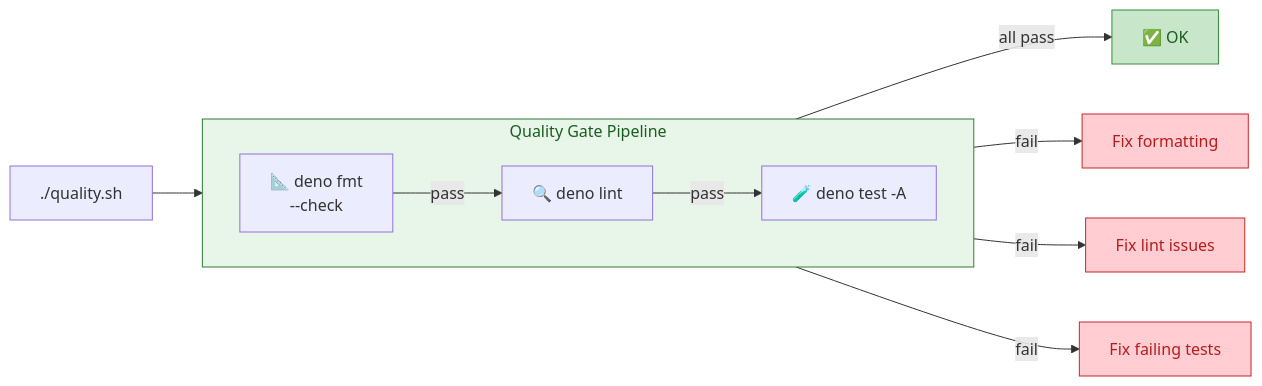
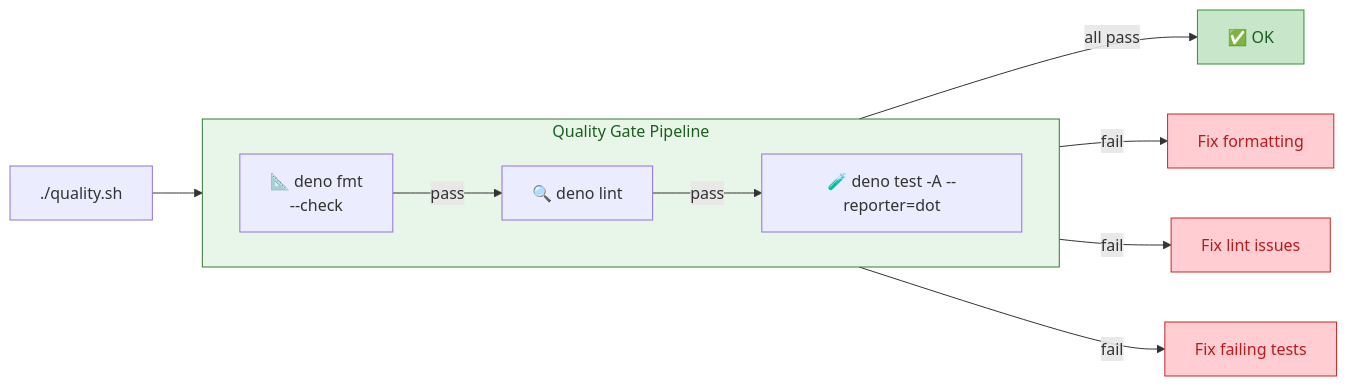
Diagram 17 of 18 in README.md (stSoftwareAU/NEAT-AI-Explore), drawn with Mermaid before and after one commit. The commit also changed other lines of this file and 5 other files, not shown here.

First line of the commit message:
ci: quiet the deno test reporter in every gate invocation (#650)

````diff
--- a/README.md
+++ b/README.md
@@ -965,24 +965,24 @@
 ```mermaid
 graph LR
     start["./quality.sh"] --> fmt
 
     subgraph pipeline["Quality Gate Pipeline"]
         direction LR
         fmt["📐 deno fmt<br/>--check"]
         lint["🔍 deno lint"]
-        test["🧪 deno test -A"]
+        test["🧪 deno test -A --reporter=dot"]
         fmt -->|"pass"| lint
         lint -->|"pass"| test
     end
 
     test -->|"all pass"| ok["✅ OK"]
     fmt -->|"fail"| fix_fmt["Fix formatting"]
     lint -->|"fail"| fix_lint["Fix lint issues"]
     test -->|"fail"| fix_test["Fix failing tests"]
 
     style pipeline fill:#e8f5e9,stroke:#2e7d32,color:#1b5e20
     style ok fill:#c8e6c9,stroke:#388e3c,color:#1b5e20
     style fix_fmt fill:#ffcdd2,stroke:#c62828,color:#b71c1c
     style fix_lint fill:#ffcdd2,stroke:#c62828,color:#b71c1c
     style fix_test fill:#ffcdd2,stroke:#c62828,color:#b71c1c
 ```
````
